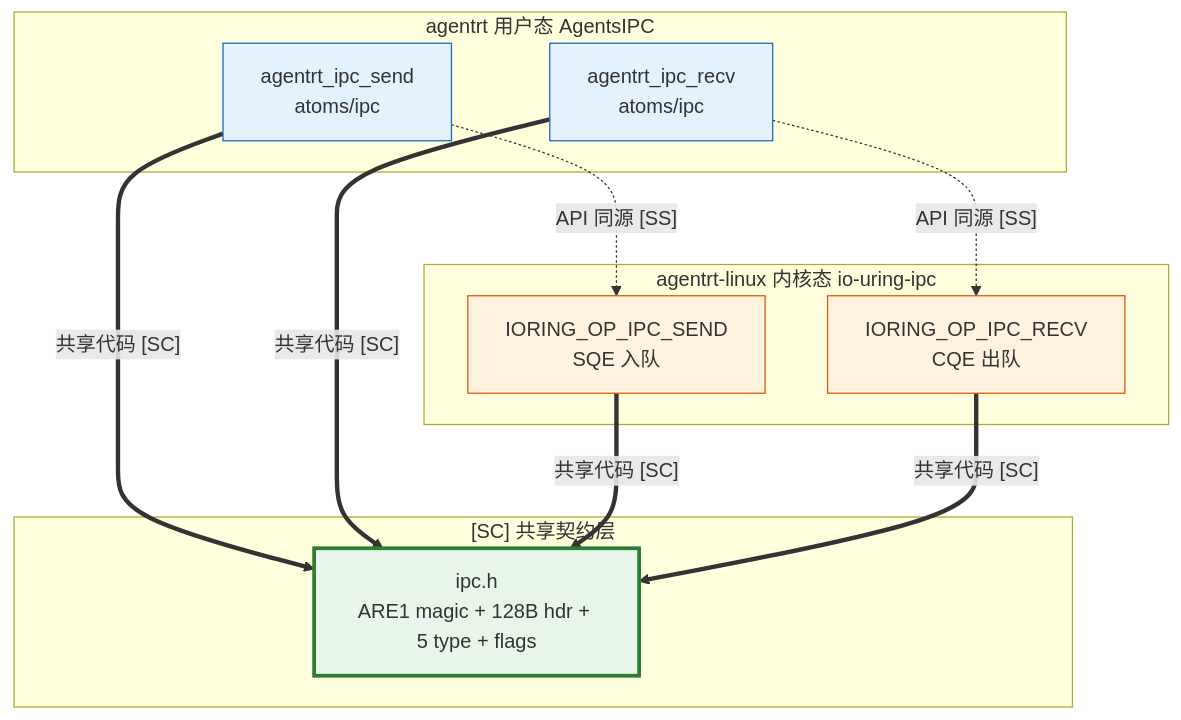
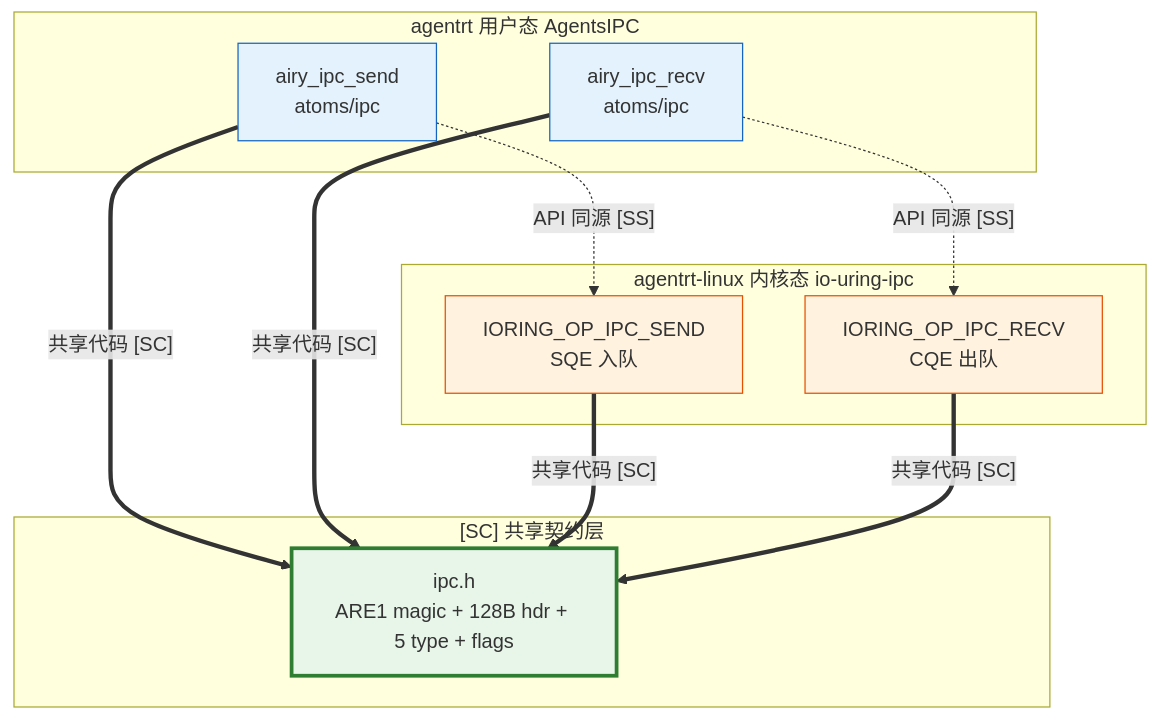
The diagram in 30-interfaces/02-ipc-protocol.md (openairymax/docs-linux), drawn with Mermaid before and after one commit. The commit also changed other lines of this file and 132 other files, not shown here.

Commit message:
chore: 完成全项目命名空间从agentrt到airy的统一替换 本次提交完成了代码库中所有`agentrt_`相关命名空间、宏定义、标识符的统一替换，改为`airy_`前缀，同时完成了部分文档的排版优化与路径修正： 1. 替换了所有API函数、结构体、宏定义的命名前缀 2. 更新了文档中的示例代码与引用路径

````diff
--- a/30-interfaces/02-ipc-protocol.md
+++ b/30-interfaces/02-ipc-protocol.md
@@ -414,29 +418,29 @@
 ```mermaid
 graph TB
     subgraph "agentrt 用户态 AgentsIPC"
-        RT_SEND[agentrt_ipc_send<br/>atoms/ipc]
-        RT_RECV[agentrt_ipc_recv<br/>atoms/ipc]
+        RT_SEND[airy_ipc_send<br/>atoms/ipc]
+        RT_RECV[airy_ipc_recv<br/>atoms/ipc]
     end
 
     subgraph "agentrt-linux 内核态 io-uring-ipc"
         OS_SQE[IORING_OP_IPC_SEND<br/>SQE 入队]
         OS_CQE[IORING_OP_IPC_RECV<br/>CQE 出队]
     end
 
     subgraph "[SC] 共享契约层"
         SC[ipc.h<br/>ARE1 magic + 128B hdr + 5 type + flags]
     end
 
     RT_SEND -.->|"API 同源 [SS]"| OS_SQE
     RT_RECV -.->|"API 同源 [SS]"| OS_CQE
     RT_SEND ==>|"共享代码 [SC]"| SC
     RT_RECV ==>|"共享代码 [SC]"| SC
     OS_SQE ==>|"共享代码 [SC]"| SC
     OS_CQE ==>|"共享代码 [SC]"| SC
 
     style SC fill:#e8f5e9,stroke:#2e7d32,stroke-width:3px
     style RT_SEND fill:#e3f2fd,stroke:#1565c0
     style RT_RECV fill:#e3f2fd,stroke:#1565c0
     style OS_SQE fill:#fff3e0,stroke:#e65100
     style OS_CQE fill:#fff3e0,stroke:#e65100
 ```
````
